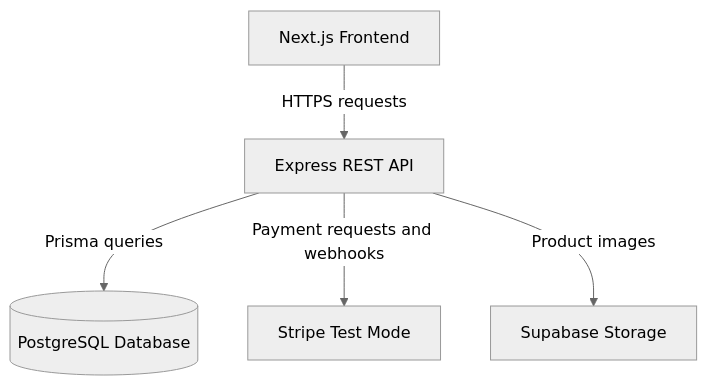
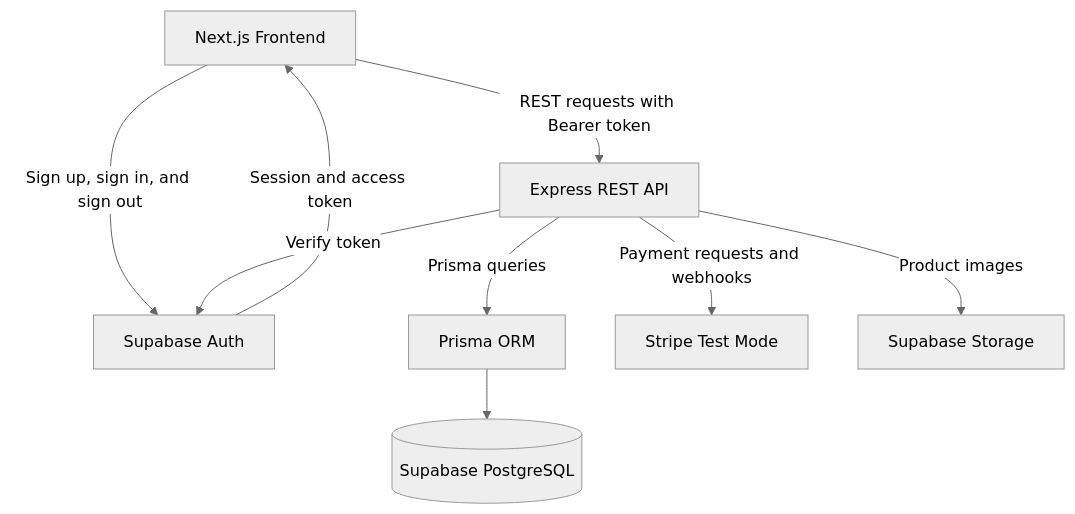
Before and after one commit to qiwuyue/CISC3140_E-Commerce: the diagram in README.md, drawn with Mermaid (neutral theme). The commit also changed other lines of this file, not shown here.

````diff
--- a/README.md
+++ b/README.md
@@ -102,7 +108,11 @@
 ```mermaid
 flowchart TD
-    A[Next.js Frontend] -->|HTTPS requests| B[Express REST API]
-    B -->|Prisma queries| C[(PostgreSQL Database)]
-    B -->|Payment requests and webhooks| D[Stripe Test Mode]
-    B -->|Product images| E[Supabase Storage]
+    A[Next.js Frontend] -->|Sign up, sign in, and sign out| B[Supabase Auth]
+    B -->|Session and access token| A
+    A -->|REST requests with Bearer token| C[Express REST API]
+    C -->|Verify token| B
+    C -->|Prisma queries| D[Prisma ORM]
+    D --> E[(Supabase PostgreSQL)]
+    C -->|Payment requests and webhooks| F[Stripe Test Mode]
+    C -->|Product images| G[Supabase Storage]
 ```
````
